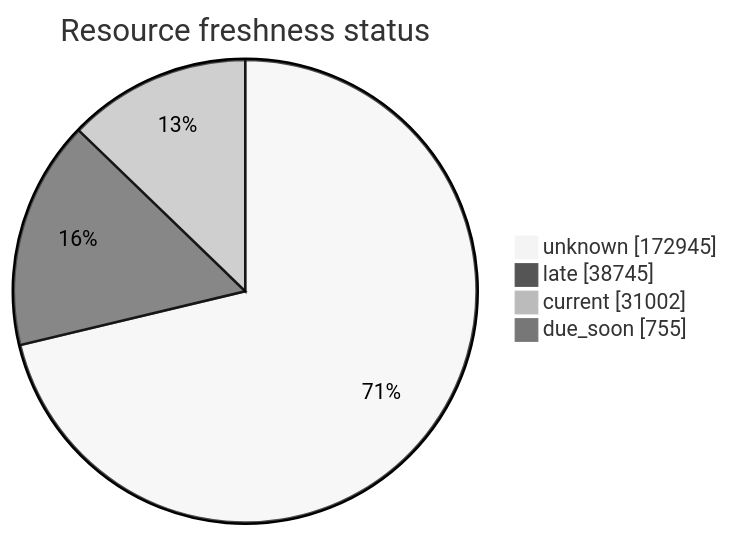
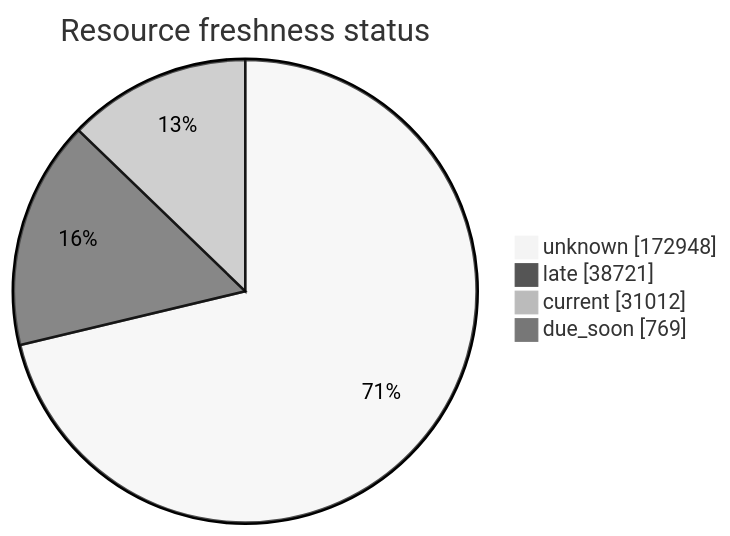
Before and after one commit to open-data/analytics-corporate-reporting: the third of 5 diagrams in FreshCheck/README.md, drawn with Mermaid (neutral theme). The commit also changed other lines of this file and 3 other files, not shown here.

````diff
--- a/FreshCheck/README.md
+++ b/FreshCheck/README.md
@@ -77,7 +77,7 @@
 ```mermaid
 pie showData title Resource freshness status
-    "unknown": 172945
-    "late": 38745
-    "current": 31002
-    "due_soon": 755
+    "unknown": 172948
+    "late": 38721
+    "current": 31012
+    "due_soon": 769
 ```
````
